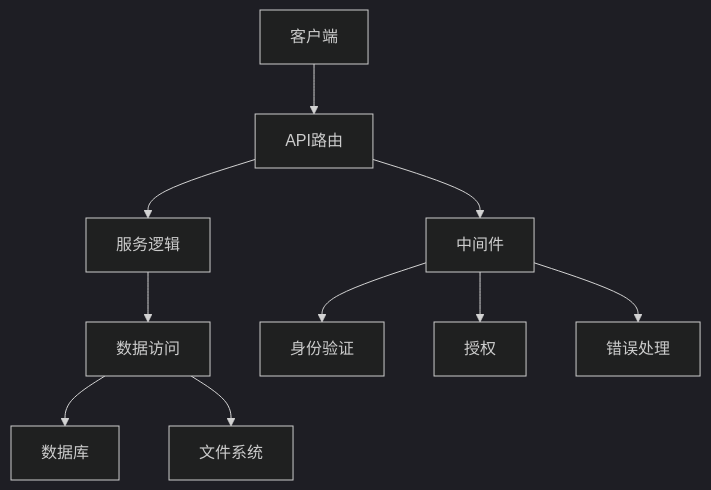
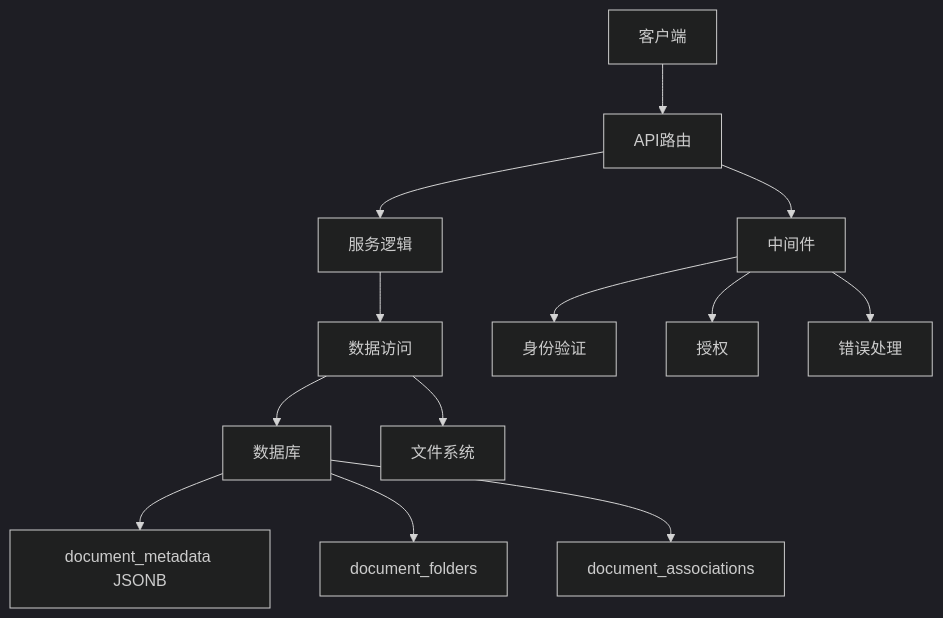
The second of 7 diagrams in .qoder/repowiki/zh/content/后端架构/API路由设计/文档管理API/文档管理API.md (ideeinfo/TwinSight), drawn with Mermaid (dark theme) before and after one commit. The commit also changed other lines of this file and 7 other files, not shown here.

````diff
--- a/.qoder/repowiki/zh/content/后端架构/API路由设计/文档管理API/文档管理API.md
+++ b/.qoder/repowiki/zh/content/后端架构/API路由设计/文档管理API/文档管理API.md
@@ -88,12 +110,15 @@
 ```mermaid
 graph TD
 A[客户端] --> B[API路由]
 B --> C[服务逻辑]
 C --> D[数据访问]
 D --> E[数据库]
 D --> F[文件系统]
 B --> G[中间件]
 G --> H[身份验证]
 G --> I[授权]
 G --> J[错误处理]
+E --> K[document_metadata JSONB]
+E --> L[document_folders]
+E --> M[document_associations]
 ```
````
